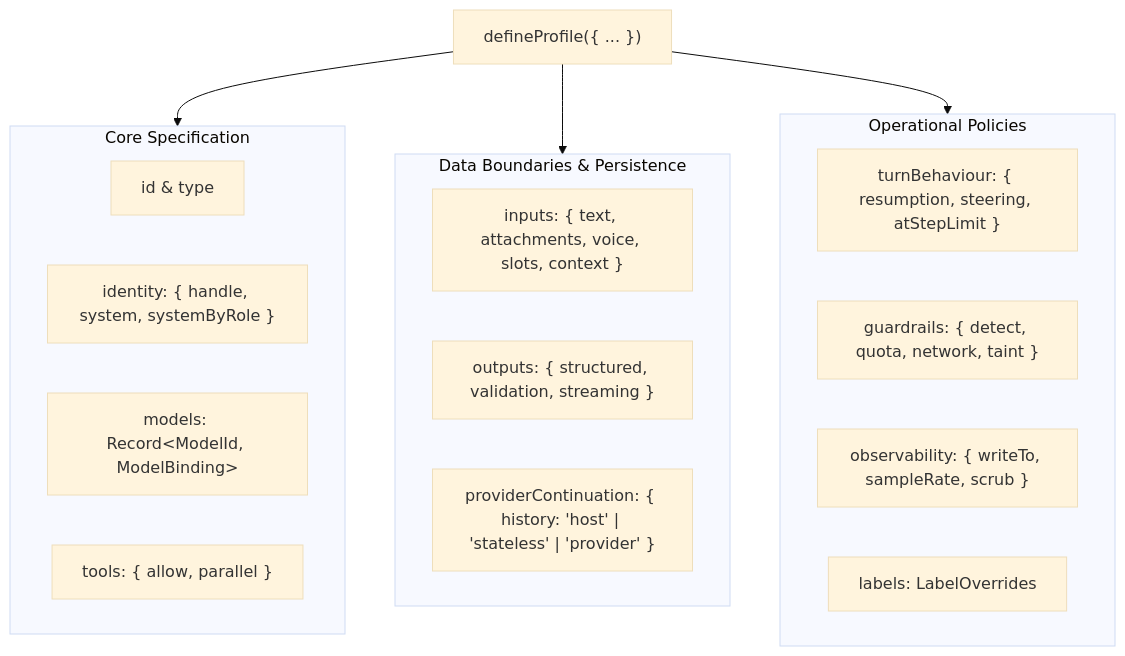
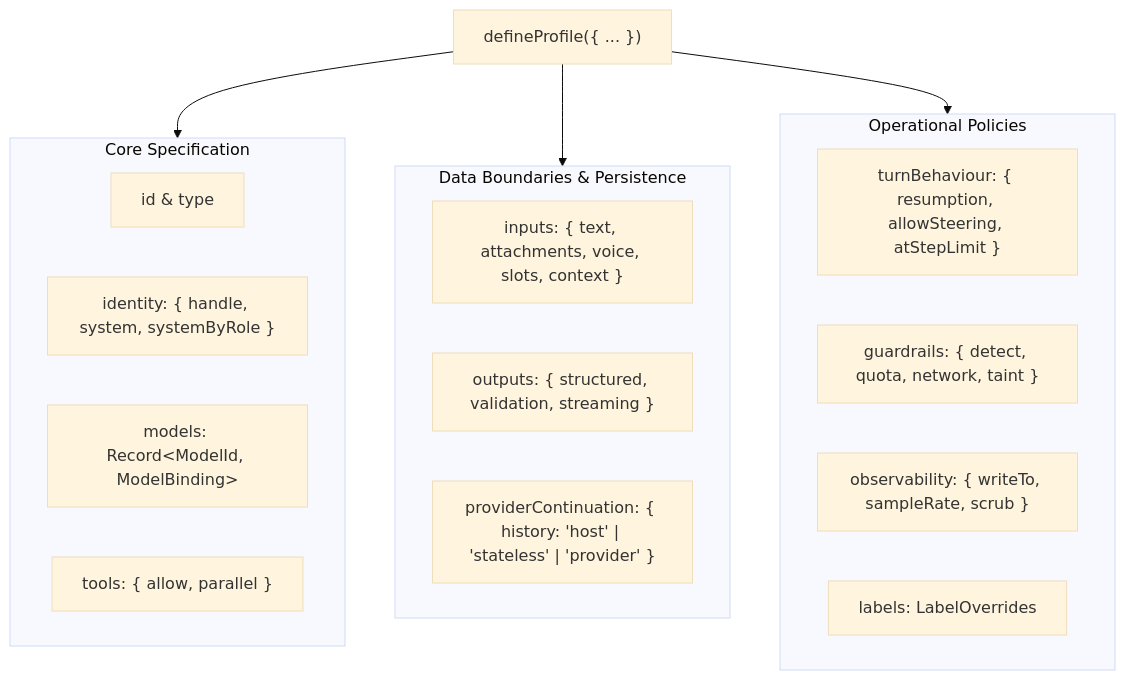
The first of 2 diagrams in app/lib/docs/articles/profiles.md (masudl-hub/theoremai-frontend), drawn with Mermaid (base theme) before and after one commit. The commit also changed other lines of this file and 34 other files, not shown here.

````diff
--- a/app/lib/docs/articles/profiles.md
+++ b/app/lib/docs/articles/profiles.md
@@ -20,28 +20,28 @@
 ```mermaid
 graph TD
     Profile["defineProfile({ ... })"]
 
     subgraph CoreContract["Core Specification"]
         IdType["id & type"]
         Identity["identity: { handle, system, systemByRole }"]
         Models["models: Record&lt;ModelId, ModelBinding&gt;"]
         Tools["tools: { allow, parallel }"]
     end
 
     subgraph DataBoundaries["Data Boundaries & Persistence"]
         Inputs["inputs: { text, attachments, voice, slots, context }"]
         Outputs["outputs: { structured, validation, streaming }"]
         ProviderContinuation["providerContinuation: { history: 'host' | 'stateless' | 'provider' }"]
     end
 
     subgraph OperationalPolicies["Operational Policies"]
-        TurnBehaviour["turnBehaviour: { resumption, steering, atStepLimit }"]
+        TurnBehaviour["turnBehaviour: { resumption, allowSteering, atStepLimit }"]
         Guardrails["guardrails: { detect, quota, network, taint }"]
         Observability["observability: { writeTo, sampleRate, scrub }"]
         Labels["labels: LabelOverrides"]
     end
 
     Profile --> CoreContract
     Profile --> DataBoundaries
     Profile --> OperationalPolicies
 ```
````
